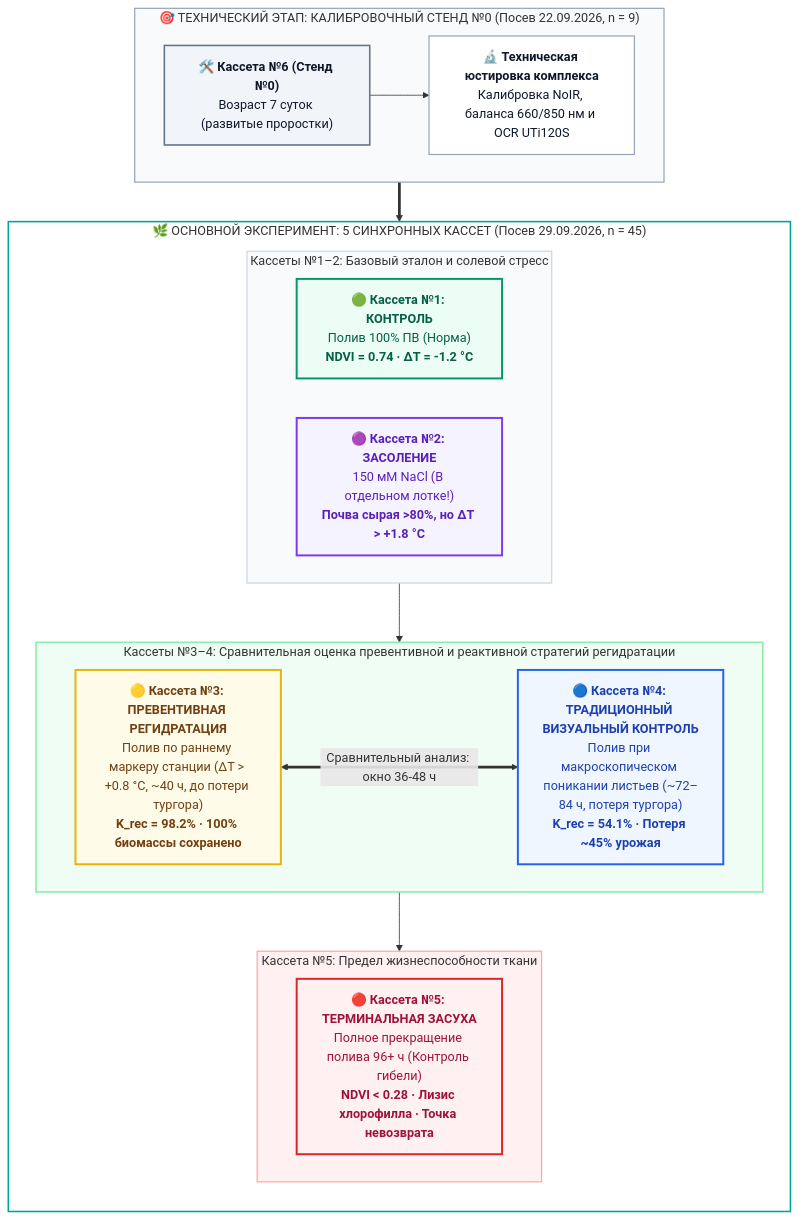
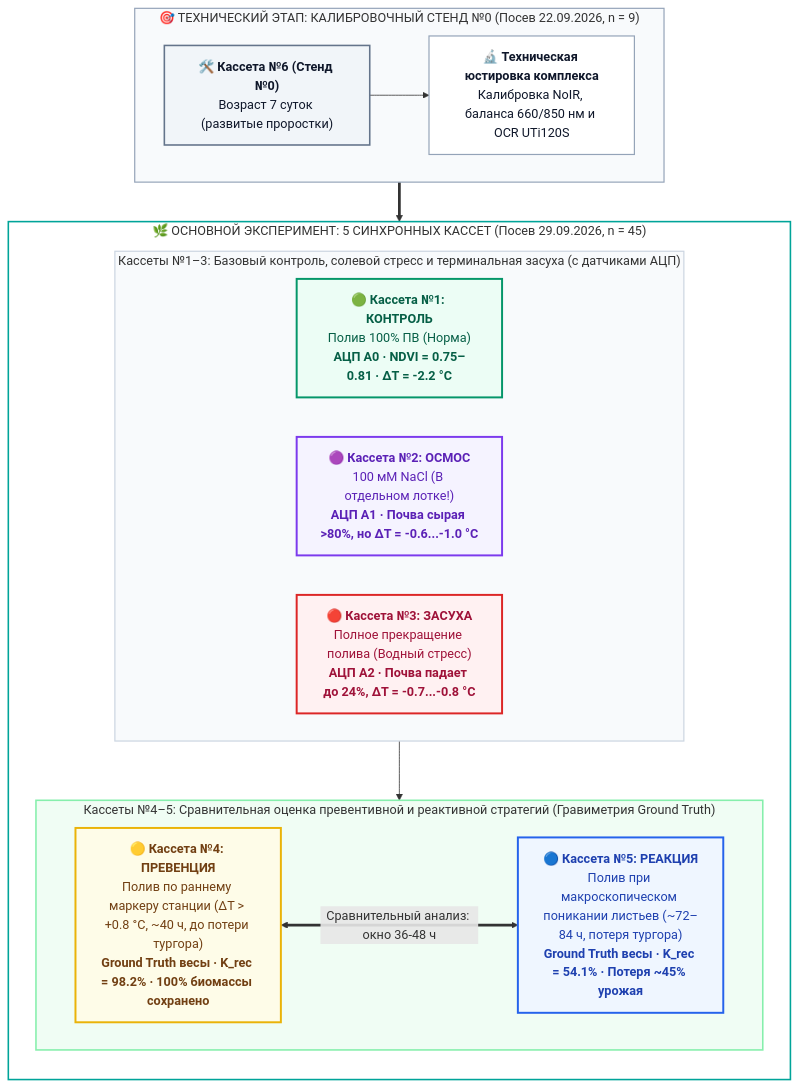
One commit to ezicvtumane/plant-stress-ndvi changed the diagram in README.md. Above: the diagram before and after it, drawn with Mermaid. The commit also changed other lines of this file and 6 other files, not shown here.

````diff
--- a/README.md
+++ b/README.md
@@ -167,46 +167,41 @@
 ```mermaid
 flowchart TD
     subgraph Calib["🎯 ТЕХНИЧЕСКИЙ ЭТАП: КАЛИБРОВОЧНЫЙ СТЕНД №0 (Посев 22.09.2026, n = 9)"]
         direction LR
         C0["🛠️ <b>Кассета №6 (Стенд №0)</b><br/>Возраст 7 суток (развитые проростки)"] --> R0["🔬 <b>Техническая юстировка комплекса</b><br/>Калибровка NoIR, баланса 660/850 нм и OCR UTi120S"]
     end
 
     subgraph S5["🌿 ОСНОВНОЙ ЭКСПЕРИМЕНТ: 5 СИНХРОННЫХ КАССЕТ (Посев 29.09.2026, n = 45)"]
         direction TB
         
-        subgraph Row1["Кассеты №1–2: Базовый эталон и солевой стресс"]
+        subgraph Row1["Кассеты №1–3: Базовый контроль, солевой стресс и терминальная засуха (с датчиками АЦП)"]
             direction LR
-            C1["🟢 <b>Кассета №1: КОНТРОЛЬ</b><br/>Полив 100% ПВ (Норма)<br/><b>NDVI = 0.74 · ΔT = -1.2 °C</b>"]
-            C2["🟣 <b>Кассета №2: ЗАСОЛЕНИЕ</b><br/>150 мМ NaCl (В отдельном лотке!)<br/><b>Почва сырая >80%, но ΔT > +1.8 °C</b>"]
+            C1["🟢 <b>Кассета №1: КОНТРОЛЬ</b><br/>Полив 100% ПВ (Норма)<br/><b>АЦП A0 · NDVI = 0.75–0.81 · ΔT = -2.2 °C</b>"]
+            C2["🟣 <b>Кассета №2: ОСМОС</b><br/>100 мМ NaCl (В отдельном лотке!)<br/><b>АЦП A1 · Почва сырая >80%, но ΔT = -0.6...-1.0 °C</b>"]
+            C3["🔴 <b>Кассета №3: ЗАСУХА</b><br/>Полное прекращение полива (Водный стресс)<br/><b>АЦП A2 · Почва падает до 24%, ΔT = -0.7...-0.8 °C</b>"]
         end
 
-        subgraph Row2["Кассеты №3–4: Сравнительная оценка превентивной и реактивной стратегий регидратации"]
+        subgraph Row2["Кассеты №4–5: Сравнительная оценка превентивной и реактивной стратегий (Гравиметрия Ground Truth)"]
             direction LR
-            C3["🟡 <b>Кассета №3: ПРЕВЕНТИВНАЯ РЕГИДРАТАЦИЯ</b><br/>Полив по раннему маркеру станции (ΔT > +0.8 °C, ~40 ч, до потери тургора)<br/><b>K_rec = 98.2% · 100% биомассы сохранено</b>"]
-            C4["🔵 <b>Кассета №4: ТРАДИЦИОННЫЙ ВИЗУАЛЬНЫЙ КОНТРОЛЬ</b><br/>Полив при макроскопическом поникании листьев (~72–84 ч, потеря тургора)<br/><b>K_rec = 54.1% · Потеря ~45% урожая</b>"]
-            C3 <==>|"Сравнительный анализ: окно 36-48 ч"| C4
-        end
-
-        subgraph Row3["Кассета №5: Предел жизнеспособности ткани"]
-            direction LR
-            C5["🔴 <b>Кассета №5: ТЕРМИНАЛЬНАЯ ЗАСУХА</b><br/>Полное прекращение полива 96+ ч (Контроль гибели)<br/><b>NDVI < 0.28 · Лизис хлорофилла · Точка невозврата</b>"]
+            C4["🟡 <b>Кассета №4: ПРЕВЕНЦИЯ</b><br/>Полив по раннему маркеру станции (ΔT > +0.8 °C, ~40 ч, до потери тургора)<br/><b>Ground Truth весы · K_rec = 98.2% · 100% биомассы сохранено</b>"]
+            C5["🔵 <b>Кассета №5: РЕАКЦИЯ</b><br/>Полив при макроскопическом поникании листьев (~72–84 ч, потеря тургора)<br/><b>Ground Truth весы · K_rec = 54.1% · Потеря ~45% урожая</b>"]
+            C4 <==>|"Сравнительный анализ: окно 36-48 ч"| C5
         end
         
-        Row1 --> Row2 --> Row3
+        Row1 --> Row2
     end
 
     Calib ==> S5
 
     style C0 fill:#f1f5f9,stroke:#64748b,stroke-width:2px,color:#0f172a
     style R0 fill:#ffffff,stroke:#94a3b8,stroke-width:1.5px,color:#0f172a
     style C1 fill:#ecfdf5,stroke:#059669,stroke-width:2.5px,color:#065f46
     style C2 fill:#f5f3ff,stroke:#7c3aed,stroke-width:2.5px,color:#5b21b6
-    style C5 fill:#fff1f2,stroke:#dc2626,stroke-width:2.5px,color:#9f1239
-    style C3 fill:#fefce8,stroke:#eab308,stroke-width:2.5px,color:#713f12
-    style C4 fill:#eff6ff,stroke:#2563eb,stroke-width:2.5px,color:#1e40af
+    style C3 fill:#fff1f2,stroke:#dc2626,stroke-width:2.5px,color:#9f1239
+    style C4 fill:#fefce8,stroke:#eab308,stroke-width:2.5px,color:#713f12
+    style C5 fill:#eff6ff,stroke:#2563eb,stroke-width:2.5px,color:#1e40af
     style Calib fill:#f8fafc,stroke:#94a3b8,stroke-width:1.5px
     style S5 fill:#ffffff,stroke:#00a499,stroke-width:2px
     style Row1 fill:#f8fafc,stroke:#cbd5e1,stroke-width:1.5px
     style Row2 fill:#f0fdf4,stroke:#86efac,stroke-width:2px
-    style Row3 fill:#fff1f2,stroke:#fca5a5,stroke-width:1.5px
 ```
````
